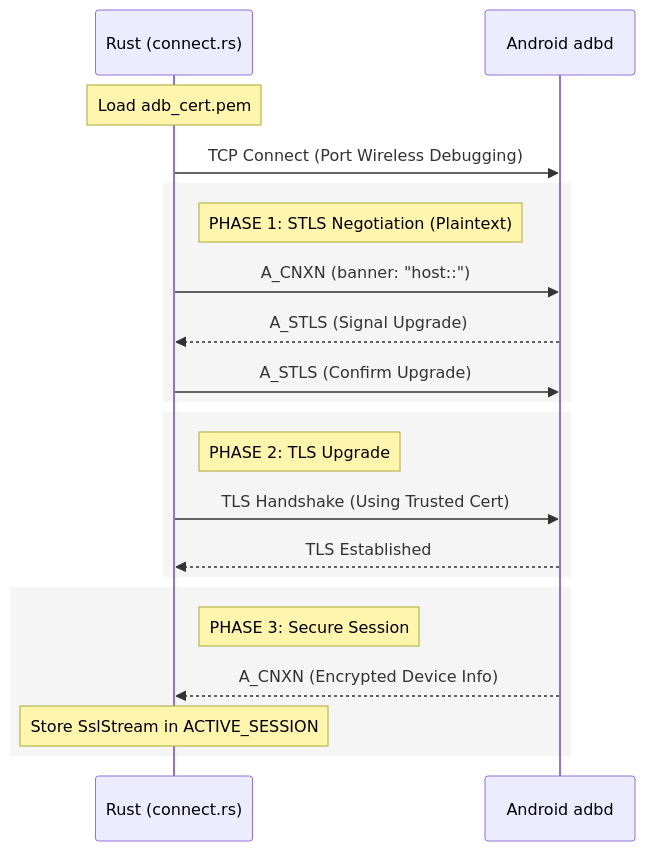
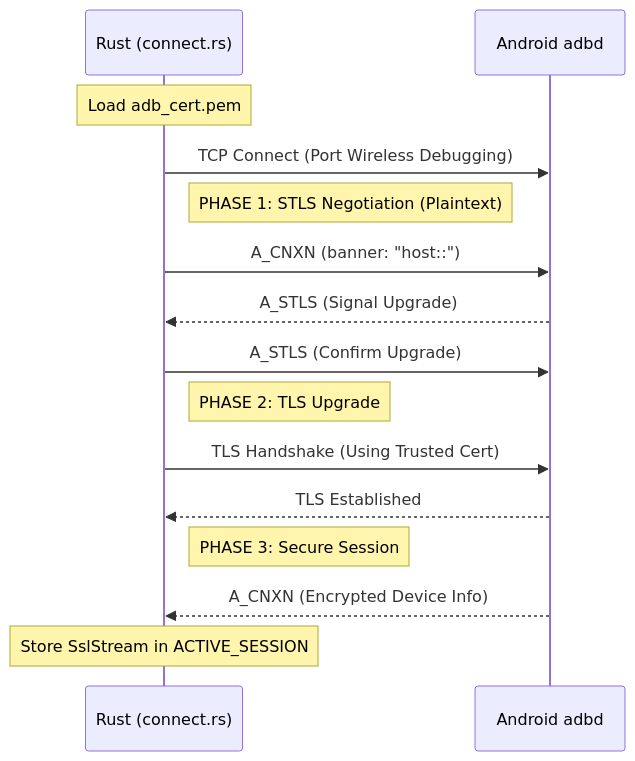
One commit to eLgorythm/Stellar changed the second of 2 diagrams in Flow.md. Above: the diagram before and after it, drawn with Mermaid. The commit also changed other lines of this file, not shown here.

````diff
--- a/Flow.md
+++ b/Flow.md
@@ -64,27 +60,21 @@
 ```mermaid
 sequenceDiagram
     participant R as Rust (connect.rs)
     participant A as Android adbd
 
     Note over R: Load adb_cert.pem
     R->>A: TCP Connect (Port Wireless Debugging)
     
-    rect rgb(245, 245, 245)
-        Note right of R: PHASE 1: STLS Negotiation (Plaintext)
-        R->>A: A_CNXN (banner: "host::")
-        A-->>R: A_STLS (Signal Upgrade)
-        R->>A: A_STLS (Confirm Upgrade)
-    end
+    Note right of R: PHASE 1: STLS Negotiation (Plaintext)
+    R->>A: A_CNXN (banner: "host::")
+    A-->>R: A_STLS (Signal Upgrade)
+    R->>A: A_STLS (Confirm Upgrade)
     
-    rect rgb(245, 245, 245)
-        Note right of R: PHASE 2: TLS Upgrade
-        R->>A: TLS Handshake (Using Trusted Cert)
-        A-->>R: TLS Established
-    end
+    Note right of R: PHASE 2: TLS Upgrade
+    R->>A: TLS Handshake (Using Trusted Cert)
+    A-->>R: TLS Established
 
-    rect rgb(245, 245, 245)
-        Note right of R: PHASE 3: Secure Session
-        A-->>R: A_CNXN (Encrypted Device Info)
-        Note over R: Store SslStream in ACTIVE_SESSION
-    end
+    Note right of R: PHASE 3: Secure Session
+    A-->>R: A_CNXN (Encrypted Device Info)
+    Note over R: Store SslStream in ACTIVE_SESSION
 ```
````
